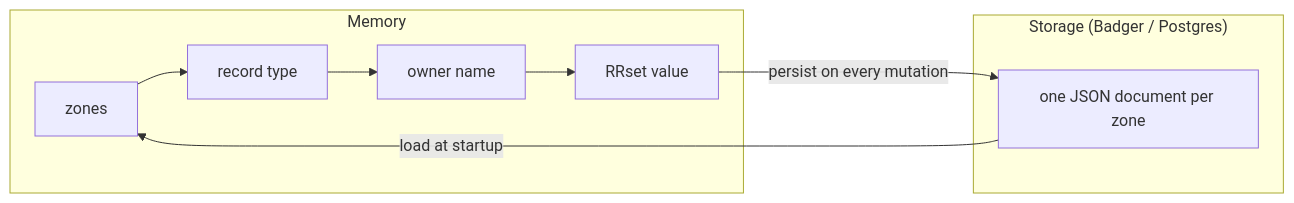
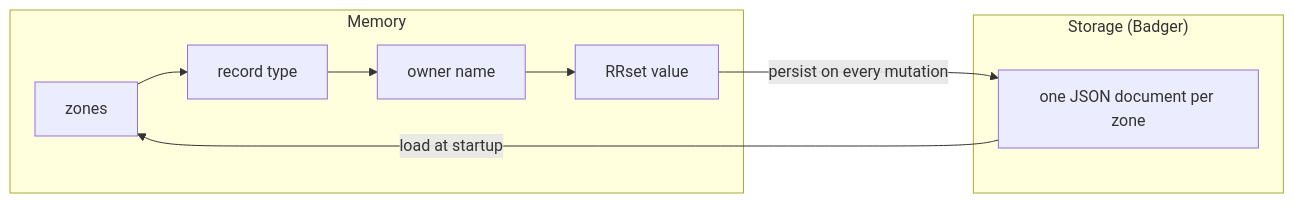
The third of 4 diagrams in docs/concepts/query-path-and-storage.md (TenforwardAB/go53), drawn with Mermaid before and after one commit. The commit also changed other lines of this file and 12 other files, not shown here.

````diff
--- a/docs/concepts/query-path-and-storage.md
+++ b/docs/concepts/query-path-and-storage.md
@@ -141,11 +141,11 @@
 ```mermaid
 flowchart LR
   subgraph Memory["Memory"]
     Z["zones"] --> T["record type"] --> N["owner name"] --> RS["RRset value"]
   end
-  subgraph Disk["Storage (Badger / Postgres)"]
+  subgraph Disk["Storage (Badger)"]
     ZJ["one JSON document per zone"]
   end
   RS -->|"persist on every mutation"| ZJ
   ZJ -->|"load at startup"| Z
 ```
````
